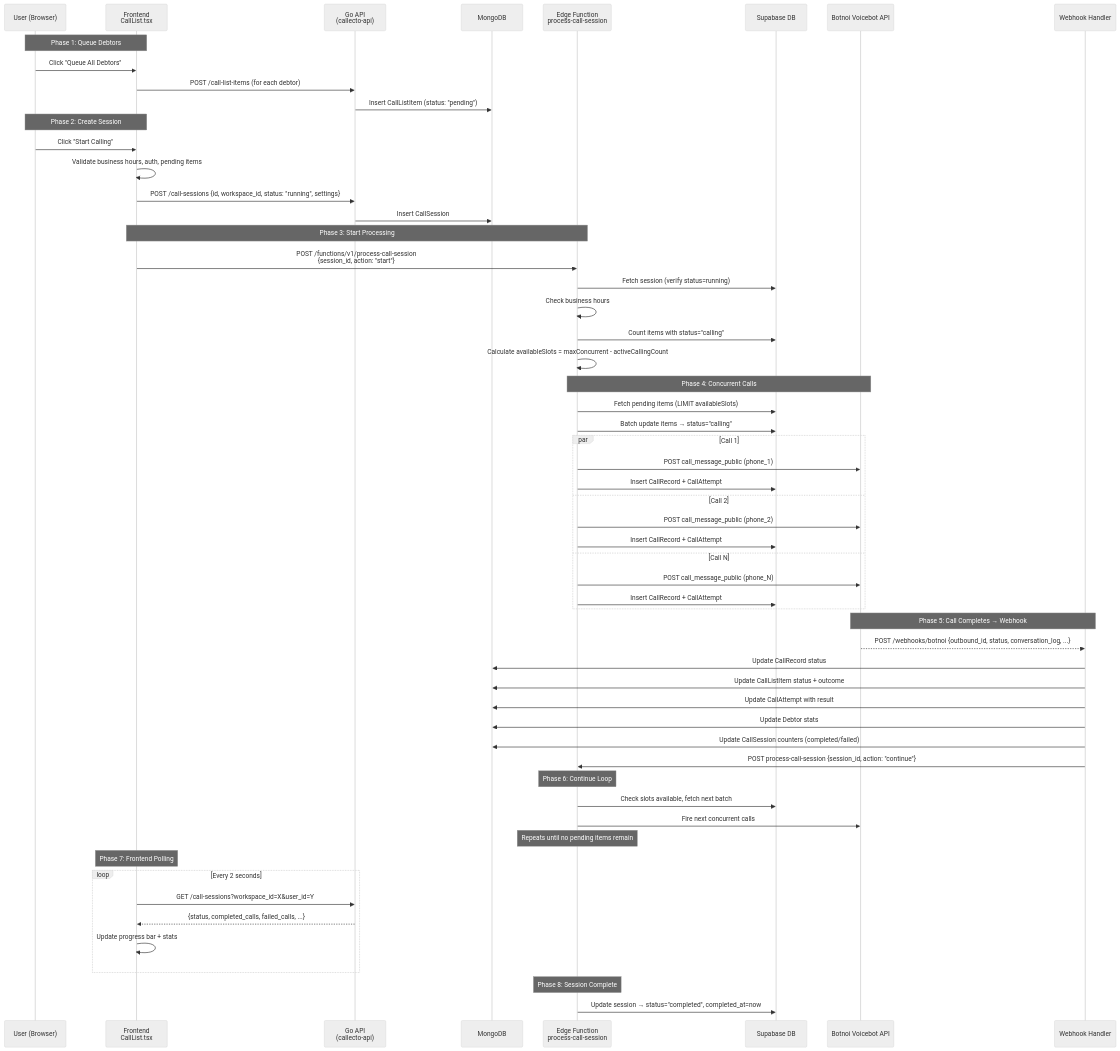
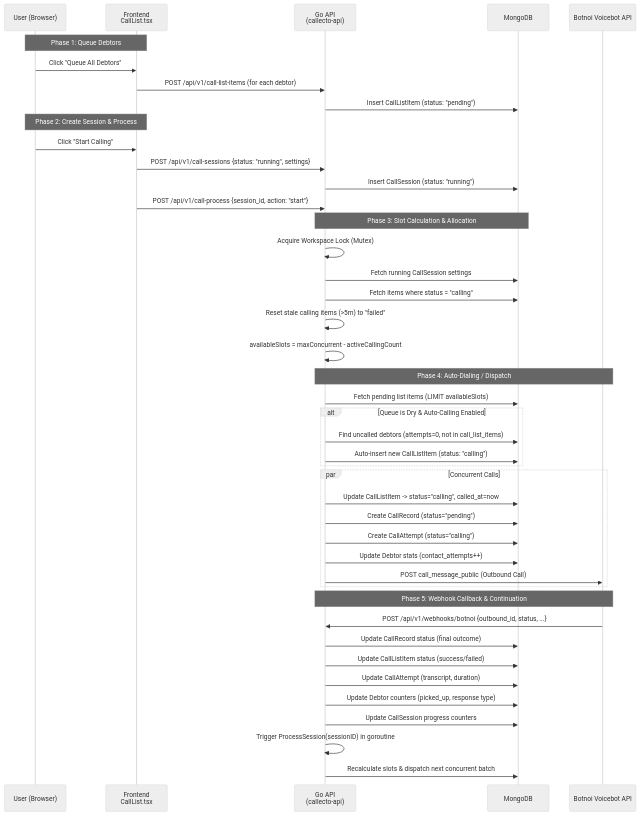
One commit to natchanonsarasang/KKP-Backend changed the third of 8 diagrams in FLOW.md. Above: the diagram before and after it, drawn with Mermaid (neutral theme). The commit also changed other lines of this file, not shown here.

Commit message:
feat: add flow documentations

````diff
--- a/FLOW.md
+++ b/FLOW.md
@@ -148,67 +146,51 @@
 ```mermaid
 sequenceDiagram
     participant User as User (Browser)
     participant FE as Frontend<br/>CallList.tsx
     participant GoAPI as Go API<br/>(callecto-api)
     participant MongoDB as MongoDB
-    participant SBFunc as Edge Function<br/>process-call-session
-    participant SupaDB as Supabase DB
     participant Botnoi as Botnoi Voicebot API
-    participant Webhook as Webhook Handler
 
     Note over User, FE: Phase 1: Queue Debtors
     User->>FE: Click "Queue All Debtors"
-    FE->>GoAPI: POST /call-list-items (for each debtor)
+    FE->>GoAPI: POST /api/v1/call-list-items (for each debtor)
     GoAPI->>MongoDB: Insert CallListItem (status: "pending")
 
-    Note over User, FE: Phase 2: Create Session
+    Note over User, FE: Phase 2: Create Session & Process
     User->>FE: Click "Start Calling"
-    FE->>FE: Validate business hours, auth, pending items
-    FE->>GoAPI: POST /call-sessions {id, workspace_id, status: "running", settings}
-    GoAPI->>MongoDB: Insert CallSession
-
-    Note over FE, SBFunc: Phase 3: Start Processing
-    FE->>SBFunc: POST /functions/v1/process-call-session<br/>{session_id, action: "start"}
-    SBFunc->>SupaDB: Fetch session (verify status=running)
-    SBFunc->>SBFunc: Check business hours
-    SBFunc->>SupaDB: Count items with status="calling"
-    SBFunc->>SBFunc: Calculate availableSlots = maxConcurrent - activeCallingCount
-
-    Note over SBFunc, Botnoi: Phase 4: Concurrent Calls
-    SBFunc->>SupaDB: Fetch pending items (LIMIT availableSlots)
-    SBFunc->>SupaDB: Batch update items → status="calling"
-    par Call 1
-        SBFunc->>Botnoi: POST call_message_public (phone_1)
-        SBFunc->>SupaDB: Insert CallRecord + CallAttempt
-    and Call 2
-        SBFunc->>Botnoi: POST call_message_public (phone_2)
-        SBFunc->>SupaDB: Insert CallRecord + CallAttempt
-    and Call N
-        SBFunc->>Botnoi: POST call_message_public (phone_N)
-        SBFunc->>SupaDB: Insert CallRecord + CallAttempt
+    FE->>GoAPI: POST /api/v1/call-sessions {status: "running", settings}
+    GoAPI->>MongoDB: Insert CallSession (status: "running")
+    FE->>GoAPI: POST /api/v1/call-process {session_id, action: "start"}
+    
+    Note over GoAPI, MongoDB: Phase 3: Slot Calculation & Allocation
+    GoAPI->>GoAPI: Acquire Workspace Lock (Mutex)
+    GoAPI->>MongoDB: Fetch running CallSession settings
+    GoAPI->>MongoDB: Fetch items where status = "calling"
+    GoAPI->>GoAPI: Reset stale calling items (>5m) to "failed"
+    GoAPI->>GoAPI: availableSlots = maxConcurrent - activeCallingCount
+    
+    Note over GoAPI, Botnoi: Phase 4: Auto-Dialing / Dispatch
+    GoAPI->>MongoDB: Fetch pending list items (LIMIT availableSlots)
+    alt Queue is Dry & Auto-Calling Enabled
+        GoAPI->>MongoDB: Find uncalled debtors (attempts=0, not in call_list_items)
+        GoAPI->>MongoDB: Auto-insert new CallListItem (status: "calling")
     end
-
-    Note over Botnoi, Webhook: Phase 5: Call Completes → Webhook
-    Botnoi-->>Webhook: POST /webhooks/botnoi {outbound_id, status, conversation_log, ...}
-    Webhook->>MongoDB: Update CallRecord status
-    Webhook->>MongoDB: Update CallListItem status + outcome
-    Webhook->>MongoDB: Update CallAttempt with result
-    Webhook->>MongoDB: Update Debtor stats
-    Webhook->>MongoDB: Update CallSession counters (completed/failed)
-    Webhook->>SBFunc: POST process-call-session {session_id, action: "continue"}
-
-    Note over SBFunc: Phase 6: Continue Loop
-    SBFunc->>SupaDB: Check slots available, fetch next batch
-    SBFunc->>Botnoi: Fire next concurrent calls
-    Note over SBFunc: Repeats until no pending items remain
-
-    Note over FE: Phase 7: Frontend Polling
-    loop Every 2 seconds
-        FE->>GoAPI: GET /call-sessions?workspace_id=X&user_id=Y
-        GoAPI-->>FE: {status, completed_calls, failed_calls, ...}
-        FE->>FE: Update progress bar + stats
+    
+    par Concurrent Calls
+        GoAPI->>MongoDB: Update CallListItem -> status="calling", called_at=now
+        GoAPI->>MongoDB: Create CallRecord (status="pending")
+        GoAPI->>MongoDB: Create CallAttempt (status="calling")
+        GoAPI->>MongoDB: Update Debtor stats (contact_attempts++)
+        GoAPI->>Botnoi: POST call_message_public (Outbound Call)
     end
-
-    Note over SBFunc: Phase 8: Session Complete
-    SBFunc->>SupaDB: Update session → status="completed", completed_at=now
+    
+    Note over Botnoi, GoAPI: Phase 5: Webhook Callback & Continuation
+    Botnoi->>GoAPI: POST /api/v1/webhooks/botnoi {outbound_id, status, ...}
+    GoAPI->>MongoDB: Update CallRecord status (final outcome)
+    GoAPI->>MongoDB: Update CallListItem status (success/failed)
+    GoAPI->>MongoDB: Update CallAttempt (transcript, duration)
+    GoAPI->>MongoDB: Update Debtor counters (picked_up, response type)
+    GoAPI->>MongoDB: Update CallSession progress counters
+    GoAPI->>GoAPI: Trigger ProcessSession(sessionID) in goroutine
+    GoAPI->>MongoDB: Recalculate slots & dispatch next concurrent batch
 ```
````
